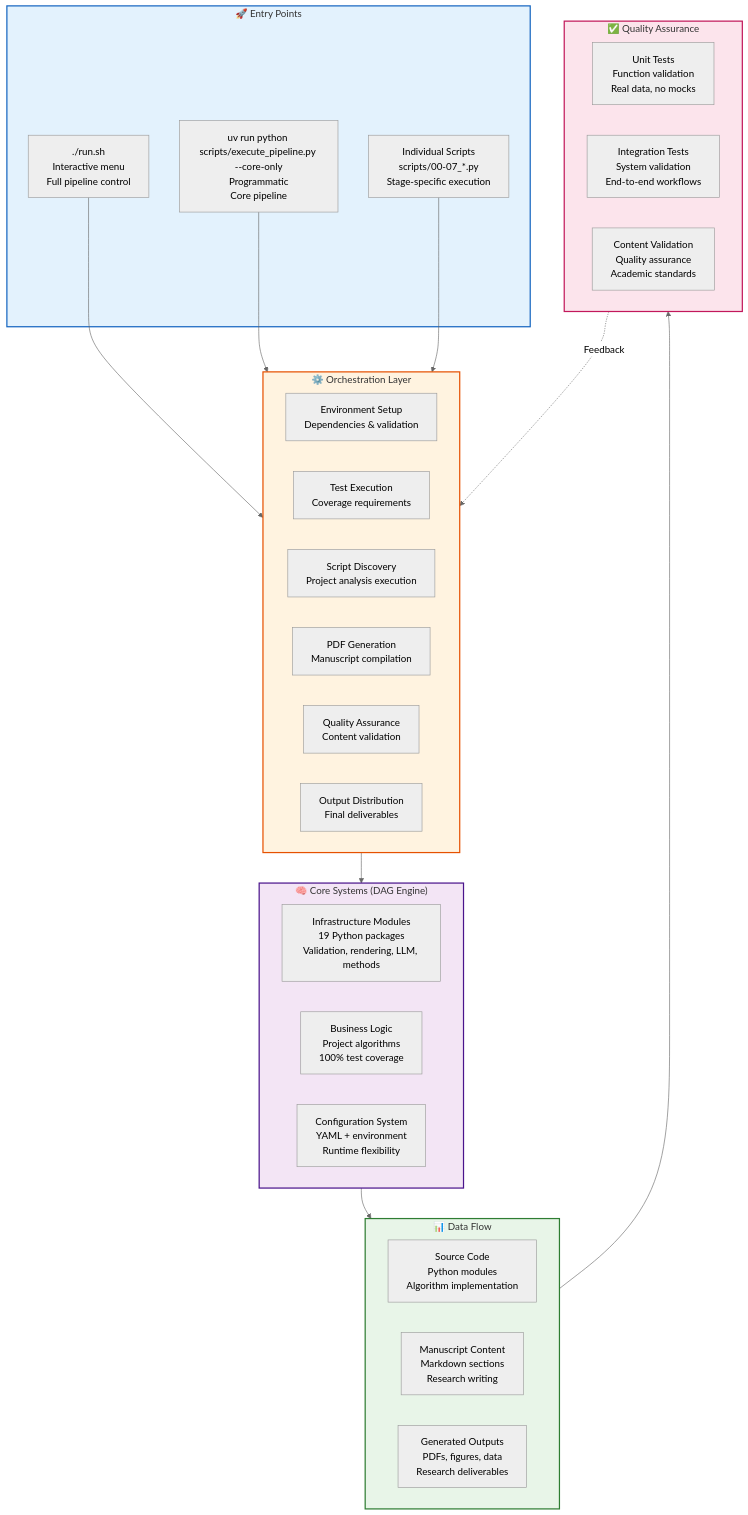
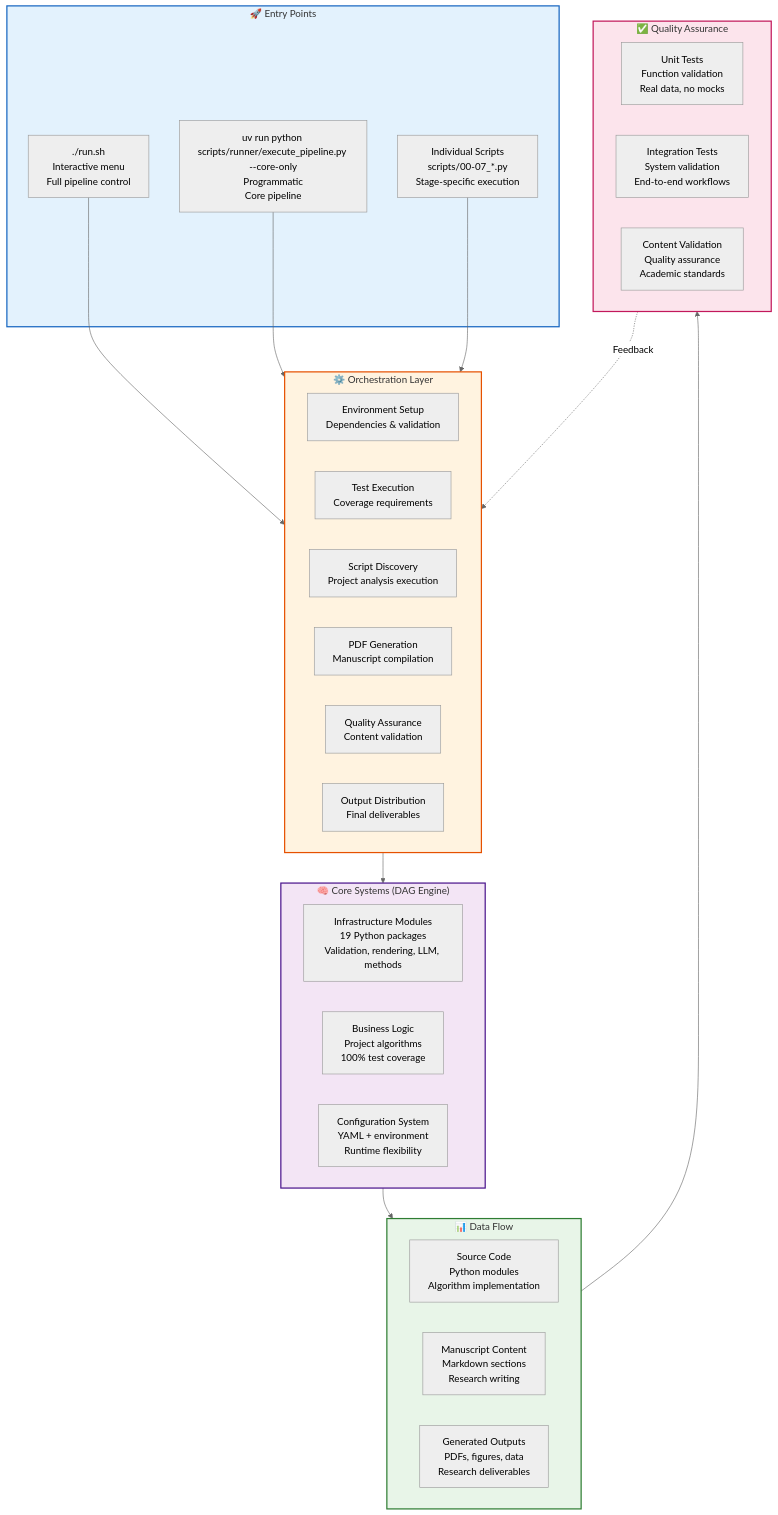
Before and after one commit to docxology/template: the third of 8 diagrams in .github/README.md, drawn with Mermaid (neutral theme). The commit also changed other lines of this file and 189 other files, not shown here.

````diff
--- a/.github/README.md
+++ b/.github/README.md
@@ -335,57 +335,57 @@
 ```mermaid
 graph TB
     subgraph Entry["🚀 Entry Points"]
         RUNSH[./run.sh<br/>Interactive menu<br/>Full pipeline control]
-        RUNALL[uv run python scripts/execute_pipeline.py --core-only<br/>Programmatic<br/>Core pipeline]
+        RUNALL[uv run python scripts/runner/execute_pipeline.py --core-only<br/>Programmatic<br/>Core pipeline]
         INDIVIDUAL[Individual Scripts<br/>scripts/00-07_*.py<br/>Stage-specific execution]
     end
 
     subgraph Orchestration["⚙️ Orchestration Layer"]
         SETUP[Environment Setup<br/>Dependencies & validation]
         TESTING[Test Execution<br/>Coverage requirements]
         ANALYSIS[Script Discovery<br/>Project analysis execution]
         RENDERING[PDF Generation<br/>Manuscript compilation]
         VALIDATION[Quality Assurance<br/>Content validation]
         DELIVERY[Output Distribution<br/>Final deliverables]
     end
 
     subgraph Core["🧠 Core Systems (DAG Engine)"]
         INFRASTRUCTURE[Infrastructure Modules<br/>19 Python packages<br/>Validation, rendering, LLM, methods]
         BUSINESS_LOGIC[Business Logic<br/>Project algorithms<br/>100% test coverage]
         CONFIGURATION[Configuration System<br/>YAML + environment<br/>Runtime flexibility]
     end
 
     subgraph Data["📊 Data Flow"]
         SOURCE_CODE[Source Code<br/>Python modules<br/>Algorithm implementation]
         MANUSCRIPT_CONTENT[Manuscript Content<br/>Markdown sections<br/>Research writing]
         GENERATED_OUTPUTS[Generated Outputs<br/>PDFs, figures, data<br/>Research deliverables]
     end
 
     subgraph Quality["✅ Quality Assurance"]
         UNIT_TESTS[Unit Tests<br/>Function validation<br/>Real data, no mocks]
         INTEGRATION_TESTS[Integration Tests<br/>System validation<br/>End-to-end workflows]
         VALIDATION_CHECKS[Content Validation<br/>Quality assurance<br/>Academic standards]
     end
 
     RUNSH --> Orchestration
     RUNALL --> Orchestration
     INDIVIDUAL --> Orchestration
 
     Orchestration --> Core
     Core --> Data
     Data --> Quality
 
     Quality -.->|Feedback| Orchestration
 
     classDef entry fill:#e3f2fd,stroke:#1565c0,stroke-width:2px
     classDef orchestration fill:#fff3e0,stroke:#e65100,stroke-width:2px
     classDef core fill:#f3e5f5,stroke:#4a148c,stroke-width:2px
     classDef data fill:#e8f5e8,stroke:#2e7d32,stroke-width:2px
     classDef quality fill:#fce4ec,stroke:#c2185b,stroke-width:2px
 
     class Entry entry
     class Orchestration orchestration
     class Core core
     class Data data
     class Quality quality
 ```
````
